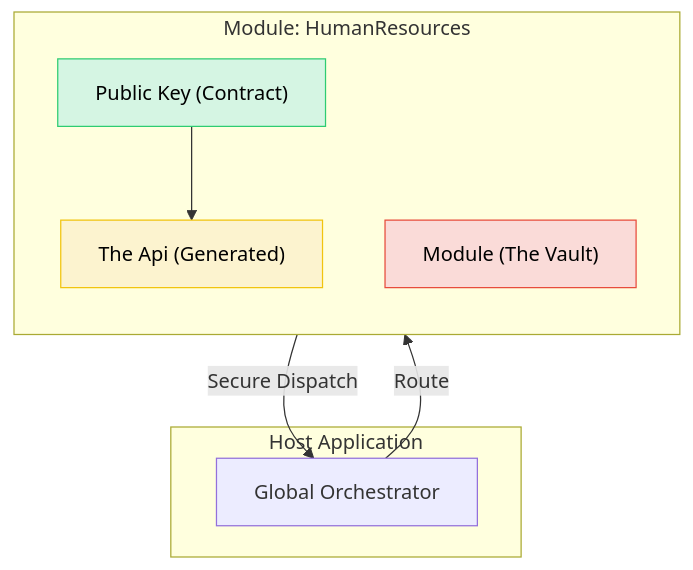
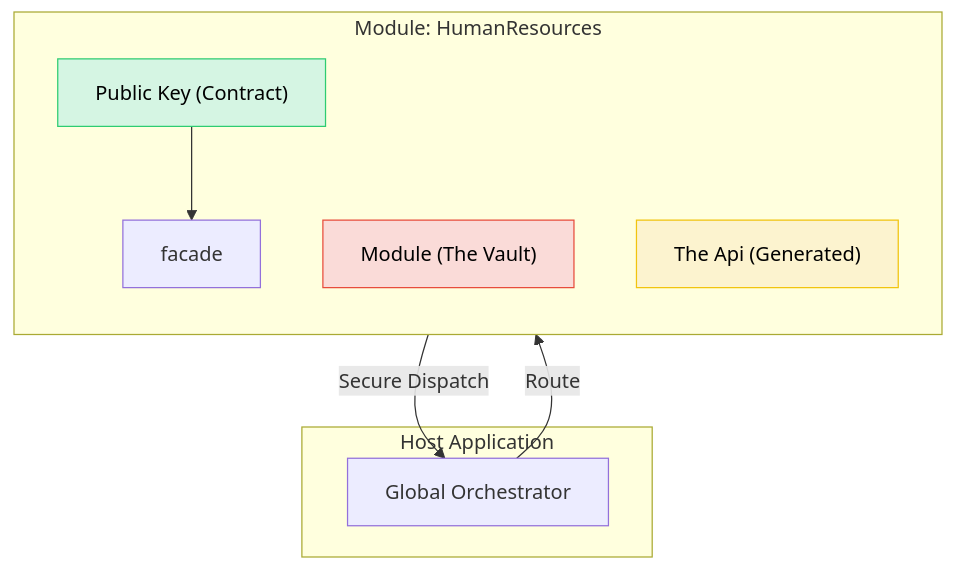
The diagram in readme.md (Wsm2110/Faster.Modulith), drawn with Mermaid before and after one commit. The commit also changed other lines of this file, not shown here.

First line of the commit message:
Revise API terminology and update documentation

````diff
--- a/readme.md
+++ b/readme.md
@@ -53,21 +55,21 @@
 ```mermaid
 graph TD
     subgraph "Host Application"
         Orchestrator[Global Orchestrator]
     end
 
     subgraph "Module: HumanResources"
         direction TB
         Key["Public Key (Contract)"]:::green
         Vault["Module (The Vault)"]:::red
-        Airlock["The Api (Generated)"]:::yellow
+        Facade["The Api (Generated)"]:::yellow
 
-        Key --> Airlock
-        Airlock -->|Secure Dispatch| Orchestrator
+        Key --> facade
+        Facade -->|Secure Dispatch| Orchestrator
         Orchestrator -->|Route| Vault
     end
 
     classDef green fill:#d5f5e3,stroke:#2ecc71,color:black;
     classDef red fill:#fadbd8,stroke:#e74c3c,color:black;
     classDef yellow fill:#fcf3cf,stroke:#f1c40f,color:black;
 ```
````
